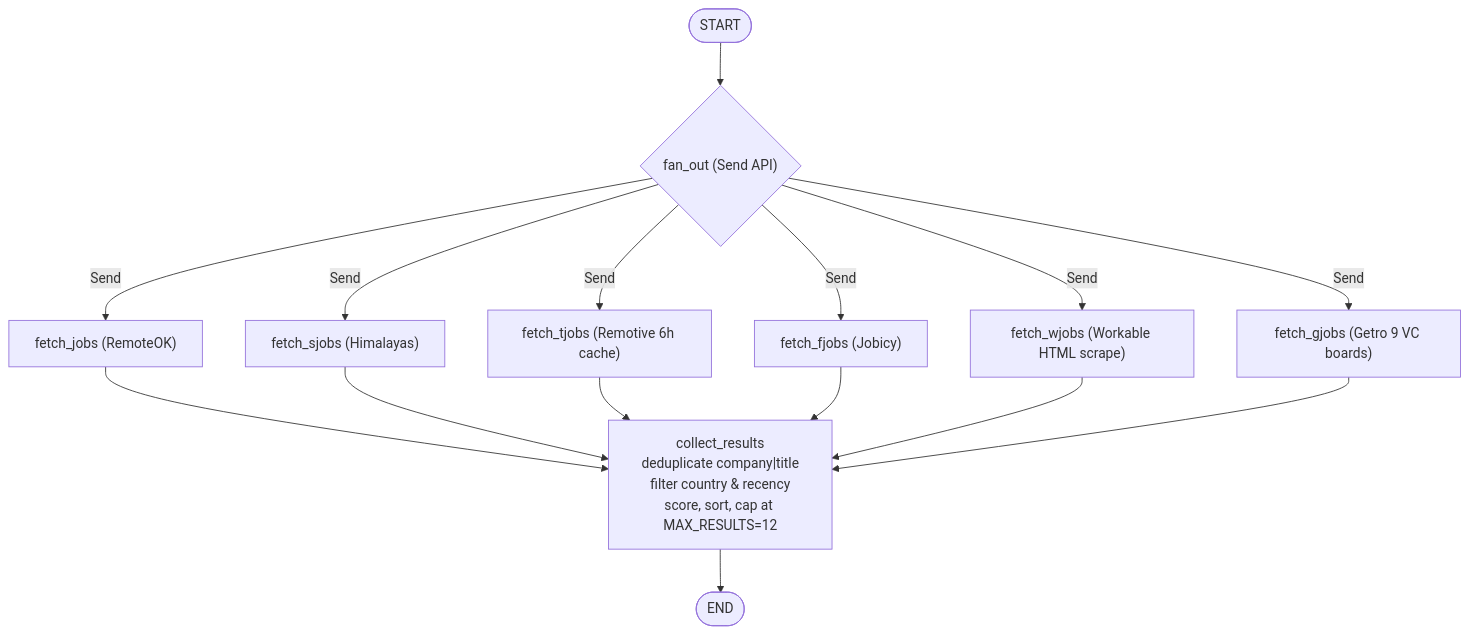
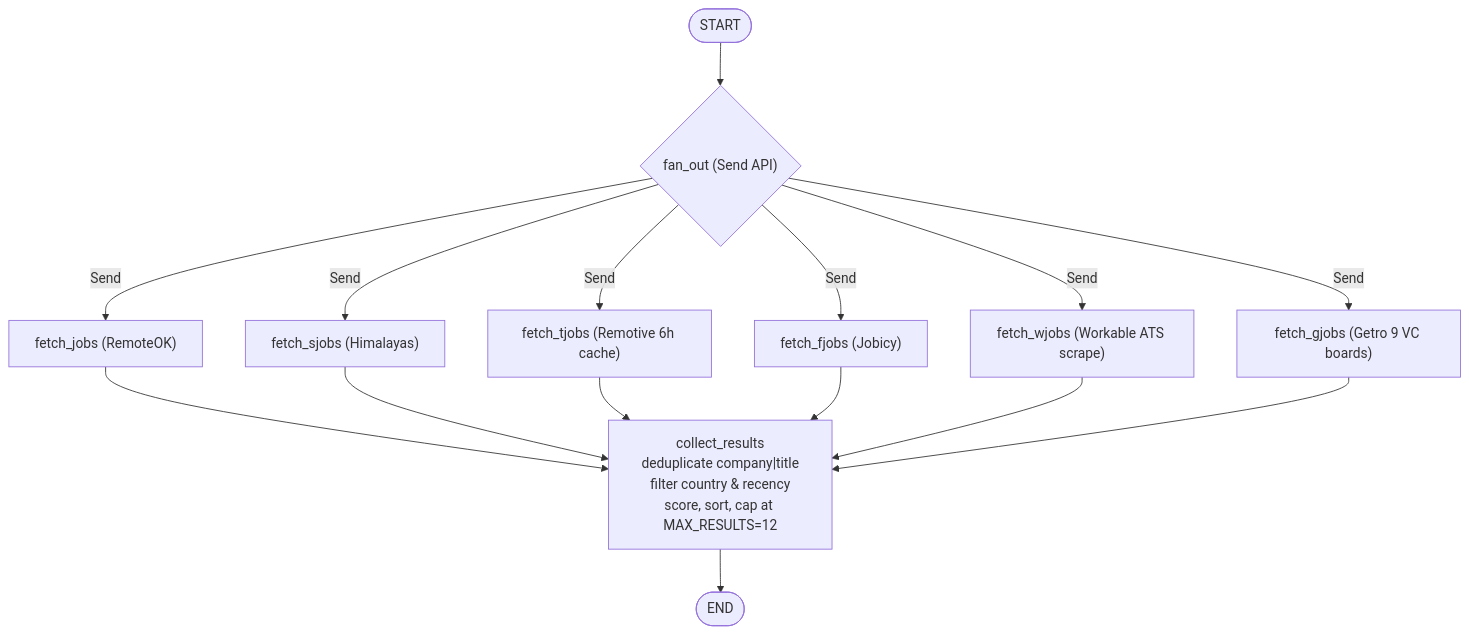
The diagram in openwiki/integrations.md (tsouk88/job-search-agent), drawn with Mermaid before and after one commit. The commit also changed other lines of this file and 36 other files, not shown here.

````diff
--- a/openwiki/integrations.md
+++ b/openwiki/integrations.md
@@ -12,20 +39,20 @@
 ```mermaid
 flowchart TD
     START([START]) --> fan_out{"fan_out (Send API)"}
 
     fan_out -->|Send| fetch_jobs["fetch_jobs (RemoteOK)"]
     fan_out -->|Send| fetch_sjobs["fetch_sjobs (Himalayas)"]
     fan_out -->|Send| fetch_tjobs["fetch_tjobs (Remotive 6h cache)"]
     fan_out -->|Send| fetch_fjobs["fetch_fjobs (Jobicy)"]
-    fan_out -->|Send| fetch_wjobs["fetch_wjobs (Workable HTML scrape)"]
+    fan_out -->|Send| fetch_wjobs["fetch_wjobs (Workable ATS scrape)"]
     fan_out -->|Send| fetch_gjobs["fetch_gjobs (Getro 9 VC boards)"]
 
     fetch_jobs --> collect_results["collect_results\ndeduplicate company|title\nfilter country & recency\nscore, sort, cap at MAX_RESULTS=12"]
     fetch_sjobs --> collect_results
     fetch_tjobs --> collect_results
     fetch_fjobs --> collect_results
     fetch_wjobs --> collect_results
     fetch_gjobs --> collect_results
 
     collect_results --> END([END])
 ```
````
